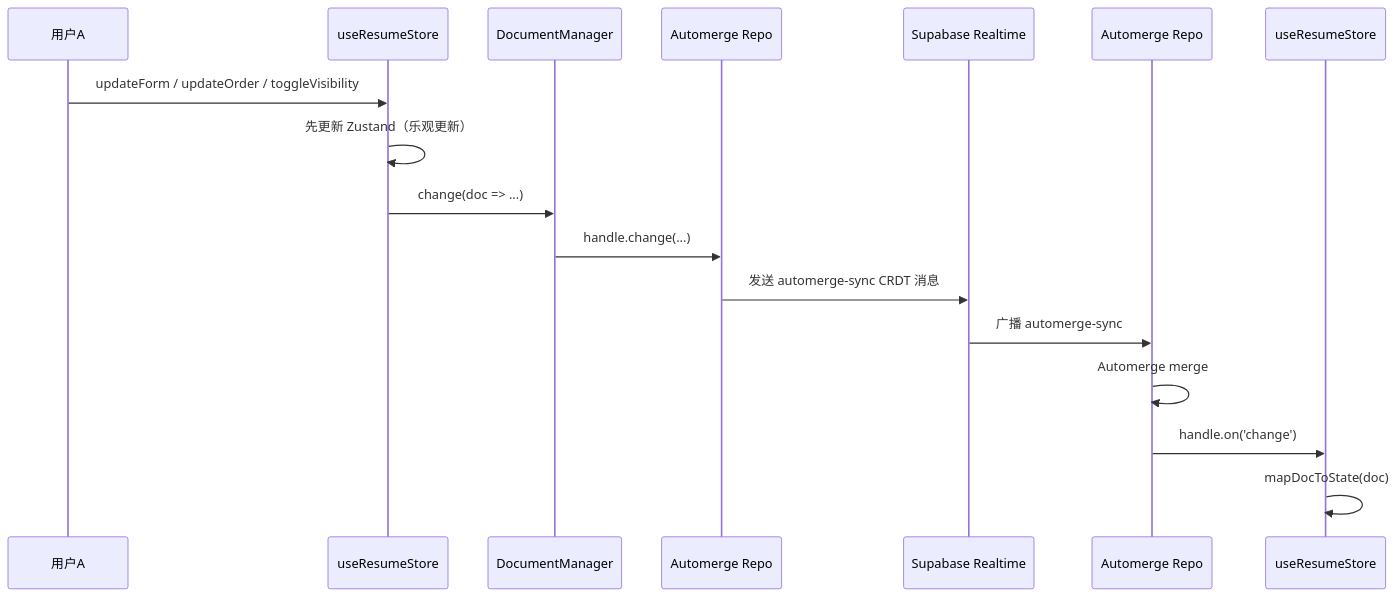
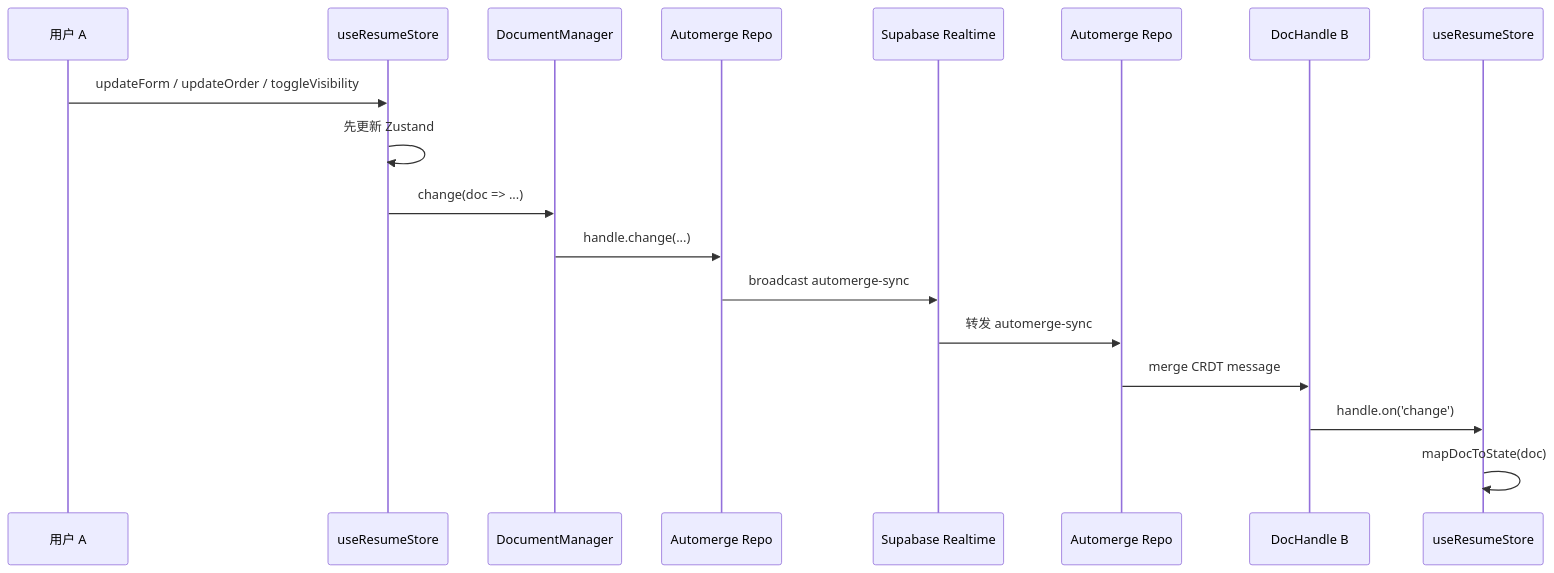
Before and after one commit to seaeam/resume: the first of 3 diagrams in docs/realtime-collaboration-system.md, drawn with Mermaid. The commit also changed other lines of this file and 57 other files, not shown here.

````diff
--- a/docs/realtime-collaboration-system.md
+++ b/docs/realtime-collaboration-system.md
@@ -226,20 +578,21 @@
 ```mermaid
 sequenceDiagram
-  participant UserA as 用户A
+  participant UserA as 用户 A
   participant StoreA as useResumeStore
   participant DocMgrA as DocumentManager
   participant RepoA as Automerge Repo
   participant RT as Supabase Realtime
   participant RepoB as Automerge Repo
+  participant HandleB as DocHandle B
   participant StoreB as useResumeStore
 
   UserA->>StoreA: updateForm / updateOrder / toggleVisibility
-  StoreA->>StoreA: 先更新 Zustand（乐观更新）
+  StoreA->>StoreA: 先更新 Zustand
   StoreA->>DocMgrA: change(doc => ...)
   DocMgrA->>RepoA: handle.change(...)
-  RepoA->>RT: 发送 automerge-sync CRDT 消息
-  RT->>RepoB: 广播 automerge-sync
-  RepoB->>RepoB: Automerge merge
-  RepoB->>StoreB: handle.on('change')
+  RepoA->>RT: broadcast automerge-sync
+  RT->>RepoB: 转发 automerge-sync
+  RepoB->>HandleB: merge CRDT message
+  HandleB->>StoreB: handle.on('change')
   StoreB->>StoreB: mapDocToState(doc)
 ```
````
